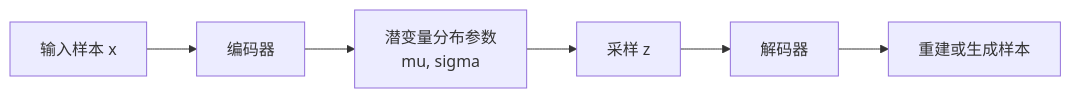
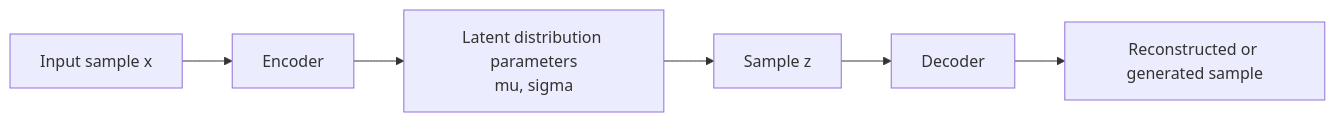
Before and after one commit to oudbiao/AI-fullstack-course: the diagram in docs/ch06-deep-learning/ch06-generative/02-vae.md, drawn with Mermaid. The commit also changed other lines of this file and 1406 other files, not shown here.

````diff
--- a/docs/ch06-deep-learning/ch06-generative/02-vae.md
+++ b/docs/ch06-deep-learning/ch06-generative/02-vae.md
@@ -43,8 +43,8 @@
 ```mermaid
 flowchart LR
-    A["输入样本 x"] --> B["编码器"]
-    B --> C["潜变量分布参数<br/>mu, sigma"]
-    C --> D["采样 z"]
-    D --> E["解码器"]
-    E --> F["重建或生成样本"]
+    A["Input sample x"] --> B["Encoder"]
+    B --> C["Latent distribution parameters<br/>mu, sigma"]
+    C --> D["Sample z"]
+    D --> E["Decoder"]
+    E --> F["Reconstructed or generated sample"]
 ```
````
